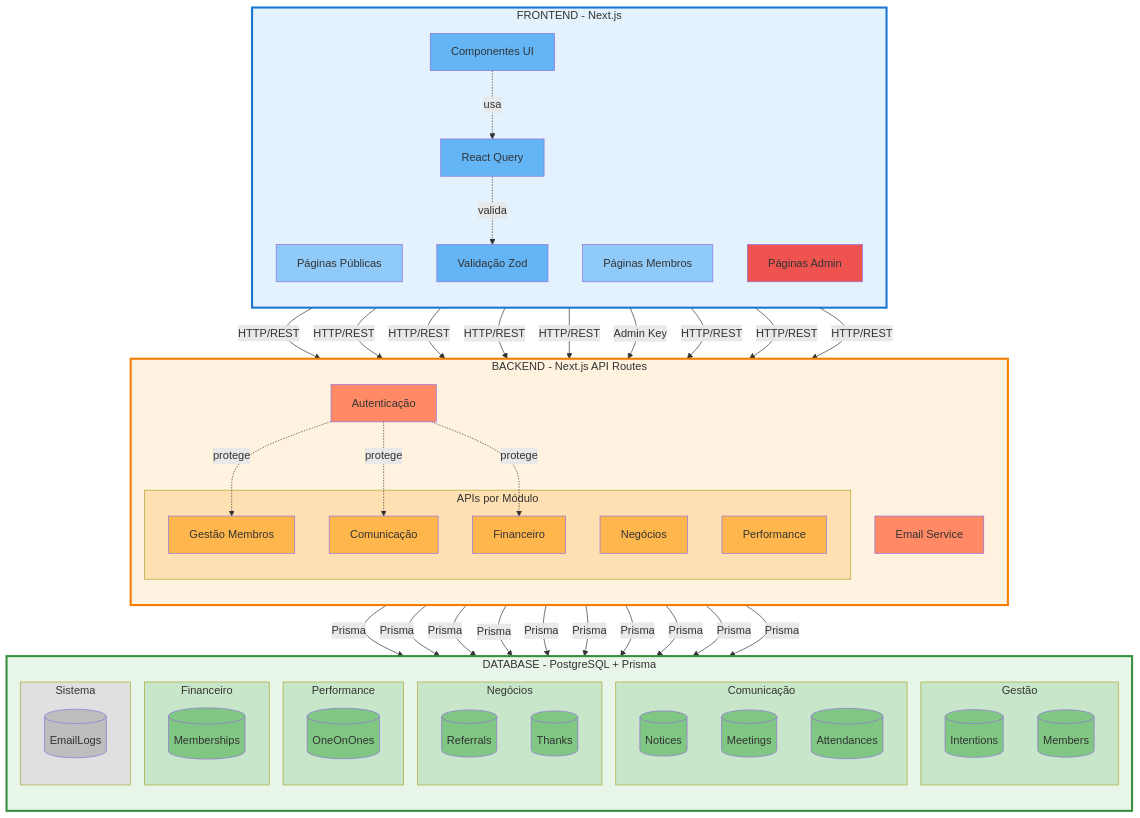
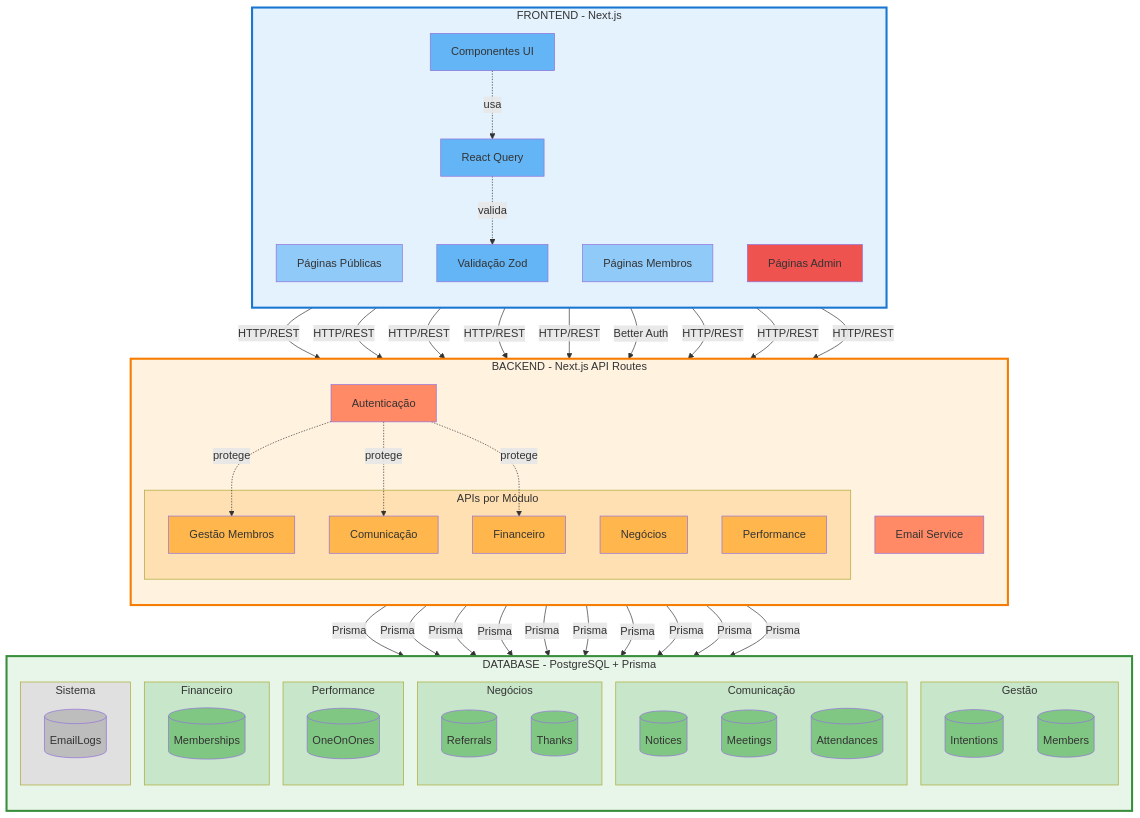
One commit to kelvin-quida/management-networking-group changed the diagram in ARCHITECTURE.md. Above: the diagram before and after it, drawn with Mermaid. The commit also changed other lines of this file and 27 other files, not shown here.

```diff
--- a/ARCHITECTURE.md
+++ b/ARCHITECTURE.md
@@ -166,7 +166,7 @@
     MEMBER -->|HTTP/REST| API2
     MEMBER -->|HTTP/REST| API3
     MEMBER -->|HTTP/REST| API4
-    ADMIN -->|Admin Key| AUTH
+    ADMIN -->|Better Auth| AUTH
     ADMIN -->|HTTP/REST| API1
     ADMIN -->|HTTP/REST| API2
     ADMIN -->|HTTP/REST| API5
```
